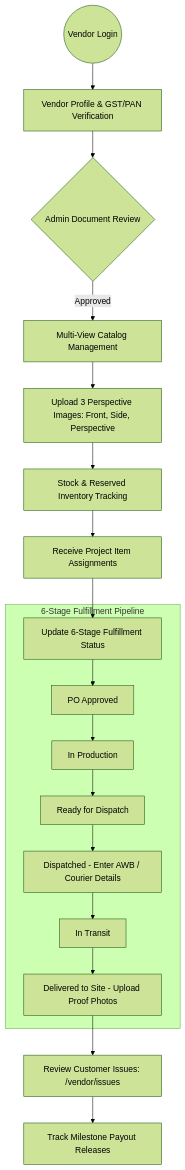
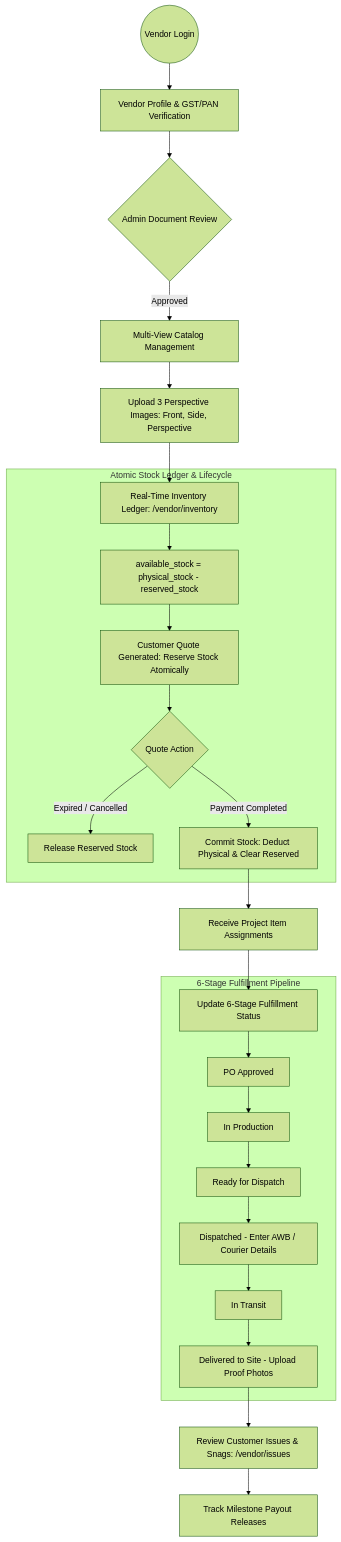
The fifth of 8 diagrams in ARCHITECTURE.md (Vedant-Raju-Borker-2005/Interior_Design), drawn with Mermaid (forest theme) before and after one commit. The commit also changed other lines of this file and 4 other files, not shown here.

Commit message:
Update system architecture and AGENTS documentation across portals and backend-ai

````diff
--- a/ARCHITECTURE.md
+++ b/ARCHITECTURE.md
@@ -152,24 +188,32 @@
 ```mermaid
 graph TD
     VendStart((Vendor Login)) --> Onboarding[Vendor Profile & GST/PAN Verification]
     Onboarding --> AdminApproval{Admin Document Review}
     AdminApproval -->|Approved| CatalogMgmt[Multi-View Catalog Management]
     
     CatalogMgmt --> UploadViews[Upload 3 Perspective Images: Front, Side, Perspective]
-    UploadViews --> InventoryMgmt[Stock & Reserved Inventory Tracking]
+    UploadViews --> InventoryLedger[Real-Time Inventory Ledger: /vendor/inventory]
     
-    InventoryMgmt --> ReceiveAssign[Receive Project Item Assignments]
+    subgraph StockReservationLifecycle ["Atomic Stock Ledger & Lifecycle"]
+        InventoryLedger --> Formula["available_stock = physical_stock - reserved_stock"]
+        Formula --> QuoteCreate[Customer Quote Generated: Reserve Stock Atomically]
+        QuoteCreate --> QuoteAction{Quote Action}
+        QuoteAction -->|Expired / Cancelled| ReleaseStock[Release Reserved Stock]
+        QuoteAction -->|Payment Completed| CommitStock[Commit Stock: Deduct Physical & Clear Reserved]
+    end
+    
+    CommitStock --> ReceiveAssign[Receive Project Item Assignments]
     ReceiveAssign --> MilestoneUpdate[Update 6-Stage Fulfillment Status]
     
     subgraph LogisticsPipeline ["6-Stage Fulfillment Pipeline"]
         MilestoneUpdate --> Stage1[PO Approved]
         Stage1 --> Stage2[In Production]
         Stage2 --> Stage3[Ready for Dispatch]
         Stage3 --> Stage4[Dispatched - Enter AWB / Courier Details]
         Stage4 --> Stage5[In Transit]
         Stage5 --> Stage6[Delivered to Site - Upload Proof Photos]
     end
     
-    Stage6 --> IssueReview[Review Customer Issues: /vendor/issues]
+    Stage6 --> IssueReview[Review Customer Issues & Snags: /vendor/issues]
     IssueReview --> PayoutRelease[Track Milestone Payout Releases]
 ```
````
